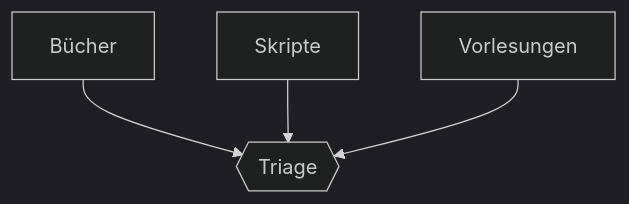
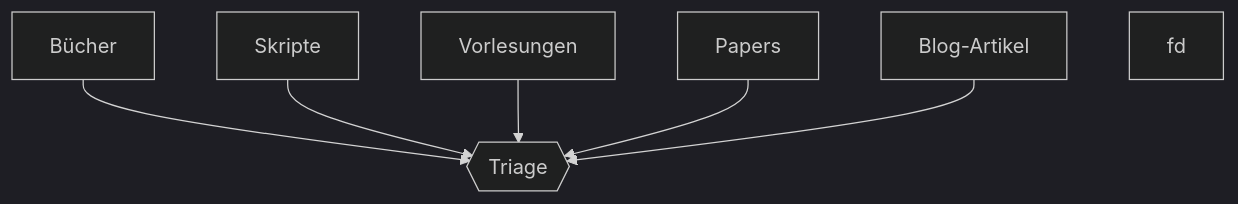
Before and after one commit to julianstoerig/zettelkasten: the diagram in System/Informationsverarbeitung.md, drawn with Mermaid (dark theme).

Commit message:
automatic version-control: 2021-01-11 22:10:15

````diff
--- a/System/Informationsverarbeitung.md
+++ b/System/Informationsverarbeitung.md
@@ -1,7 +1,12 @@
 ```mermaid
 graph TD;
 B["Bücher"] -->T{{"Triage"}};
 S["Skripte"] -->T;
 V["Vorlesungen"] -->T;
+P["Papers"] -->T;
+A["Blog-Artikel"] -->T;
+
+fd
+
 
 ```
````
